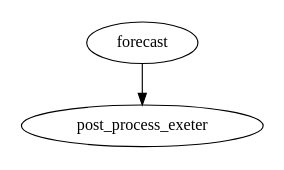
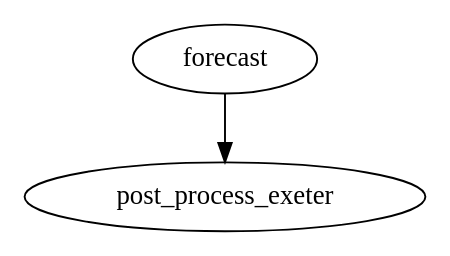
Before and after one commit to metomi/rose: the third of 5 diagrams in sphinx/tutorial/cylc/scheduling/datetime-cycling.rst, drawn with Graphviz. The commit also changed other lines of this file and 11 other files, not shown here.

```diff
--- a/sphinx/tutorial/cylc/scheduling/datetime-cycling.rst
+++ b/sphinx/tutorial/cylc/scheduling/datetime-cycling.rst
@@ -333,6 +384,6 @@
 .. digraph:: example
    :align: center
 
-   size = "1.5,1"
+   size = "2.5,2"
 
    "forecast" -> "post_process_exeter"
```
